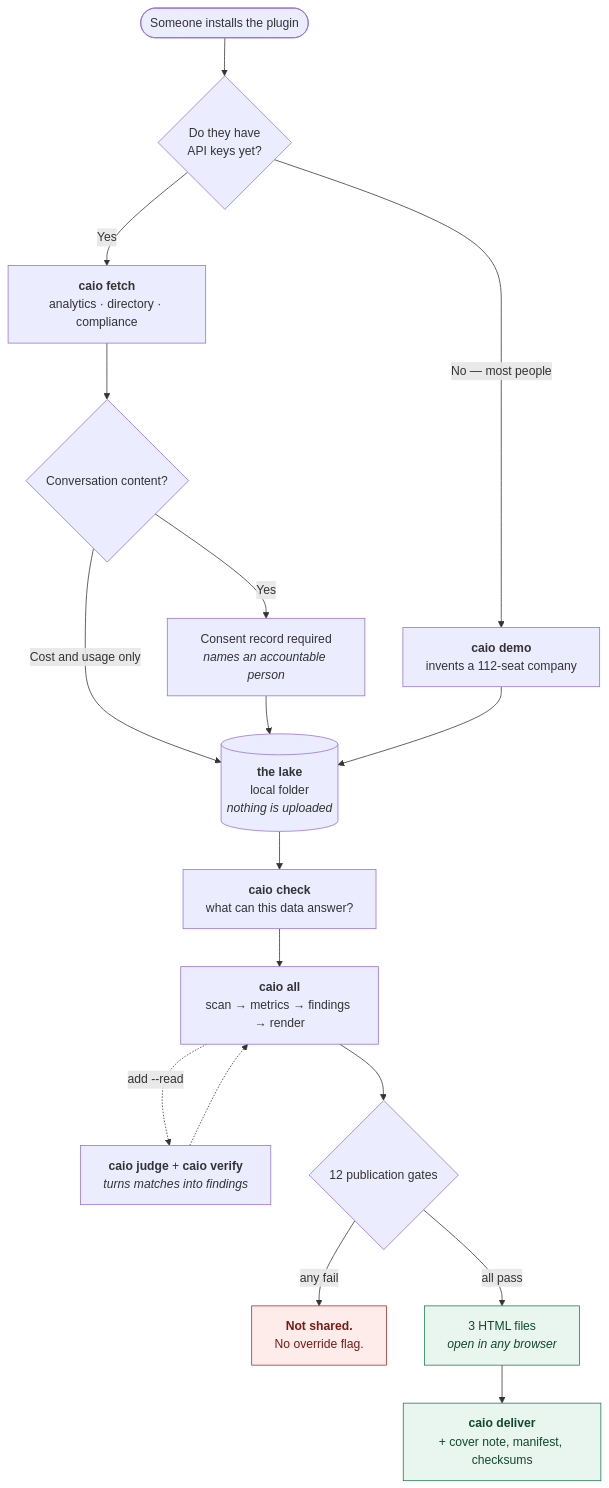
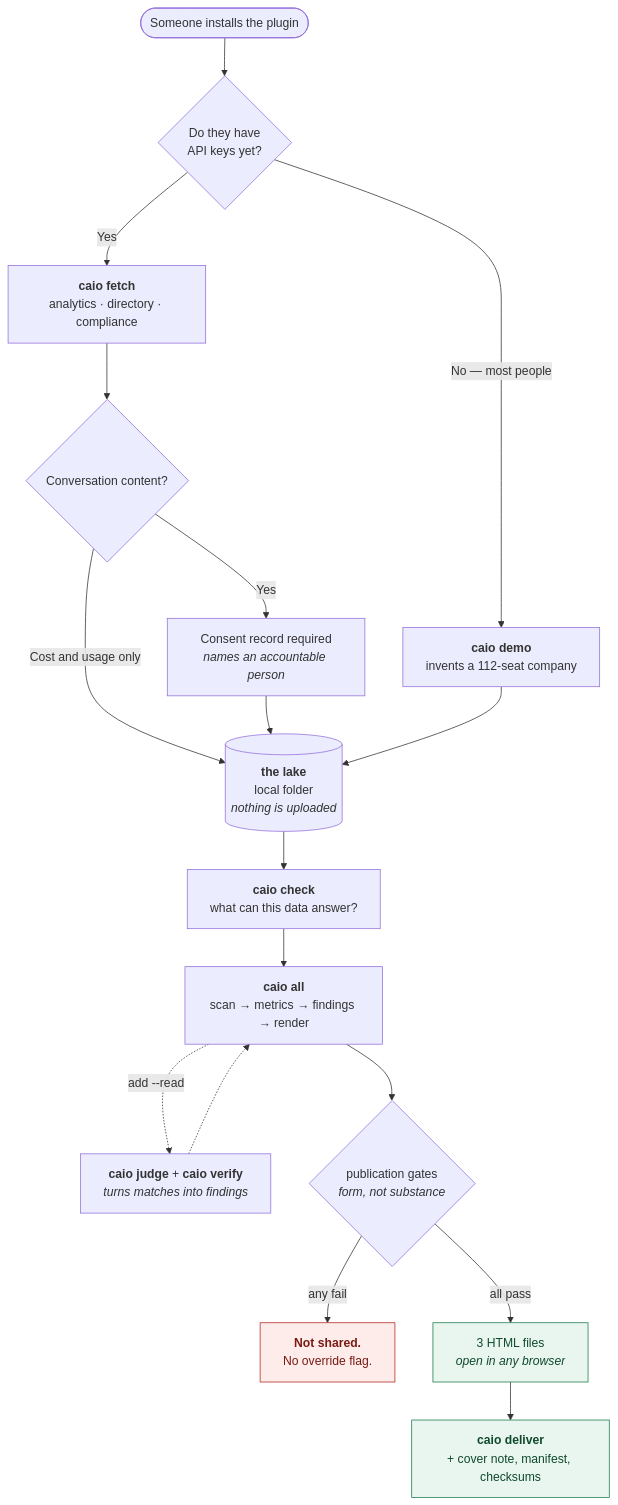
The second of 4 diagrams in docs/architecture.md (100xopensource/chief-ai-officer), drawn with Mermaid before and after one commit. The commit also changed other lines of this file and 9 other files, not shown here.

````diff
--- a/docs/architecture.md
+++ b/docs/architecture.md
@@ -53,30 +53,30 @@
 ```mermaid
 flowchart TD
     START(["Someone installs the plugin"]) --> ASK{"Do they have<br/>API keys yet?"}
 
     ASK -->|"No — most people"| DEMO["<b>caio demo</b><br/>invents a 112-seat company"]
     ASK -->|Yes| PULL["<b>caio fetch</b><br/>analytics · directory · compliance"]
 
     PULL --> CONSENT{"Conversation content?"}
     CONSENT -->|Yes| RECORD["Consent record required<br/><i>names an accountable person</i>"]
     CONSENT -->|"Cost and usage only"| LAKE
     RECORD --> LAKE
 
     DEMO --> LAKE[("<b>the lake</b><br/>local folder<br/><i>nothing is uploaded</i>")]
 
     LAKE --> CHECK["<b>caio check</b><br/>what can this data answer?"]
     CHECK --> RUN["<b>caio all</b><br/>scan → metrics → findings → render"]
     RUN -.->|"add --read"| READ["<b>caio judge</b> + <b>caio verify</b><br/><i>turns matches into findings</i>"]
     READ -.-> RUN
 
-    RUN --> GATES{"12 publication gates"}
+    RUN --> GATES{"publication gates<br/><i>form, not substance</i>"}
     GATES -->|"any fail"| STOP["<b>Not shared.</b><br/>No override flag."]
     GATES -->|"all pass"| HTML["3 HTML files<br/><i>open in any browser</i>"]
 
     HTML --> SEND["<b>caio deliver</b><br/>+ cover note, manifest, checksums"]
 
     classDef stop fill:#fdecea,stroke:#b3261e,color:#7a1a14
     classDef good fill:#e9f5ef,stroke:#1c7a4d,color:#0f4a2e
     class STOP stop
     class HTML,SEND good
 ```
````
